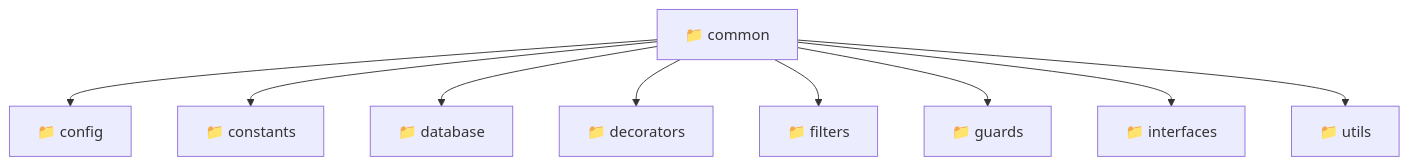
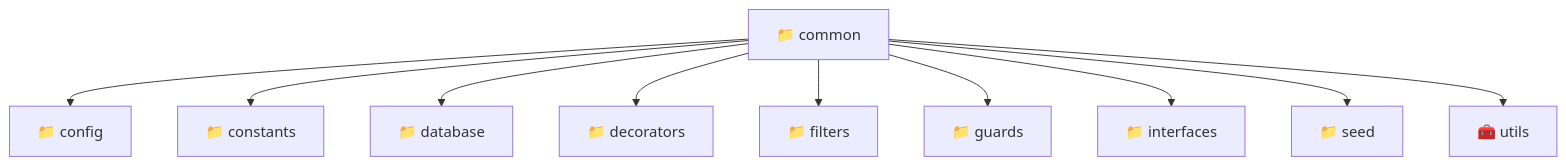
The diagram in backend/src/common/README.md (beginwebdev2002/fullstack-mavluda), drawn with Mermaid before and after one commit. The commit also changed other lines of this file and 164 other files, not shown here.

````diff
--- a/backend/src/common/README.md
+++ b/backend/src/common/README.md
@@ -9,12 +9,13 @@
 ```mermaid
 graph TD
-  Root["📁 common"]
-  Root --> config["📁 config"]
-  Root --> constants["📁 constants"]
-  Root --> database["📁 database"]
-  Root --> decorators["📁 decorators"]
-  Root --> filters["📁 filters"]
-  Root --> guards["📁 guards"]
-  Root --> interfaces["📁 interfaces"]
-  Root --> utils["📁 utils"]
+  Root_common["📁 common"]
+  Root_common --> d_config["📁 config"]
+  Root_common --> d_constants["📁 constants"]
+  Root_common --> d_database["📁 database"]
+  Root_common --> d_decorators["📁 decorators"]
+  Root_common --> d_filters["📁 filters"]
+  Root_common --> d_guards["📁 guards"]
+  Root_common --> d_interfaces["📁 interfaces"]
+  Root_common --> d_seed["📁 seed"]
+  Root_common --> d_utils["🧰 utils"]
 ```
````
